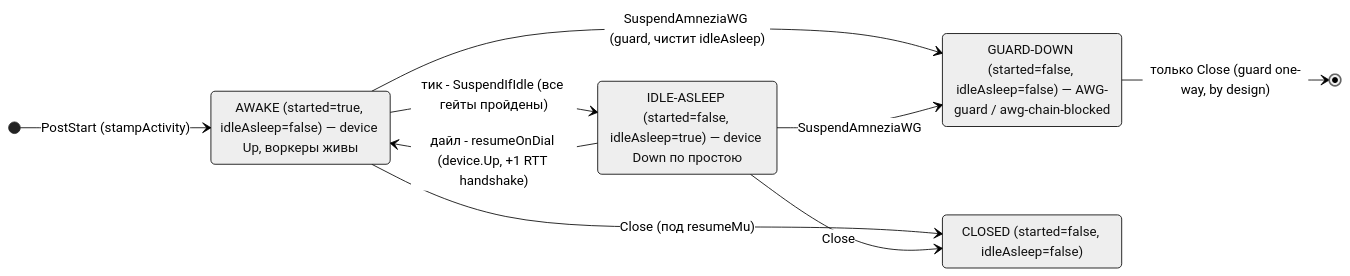
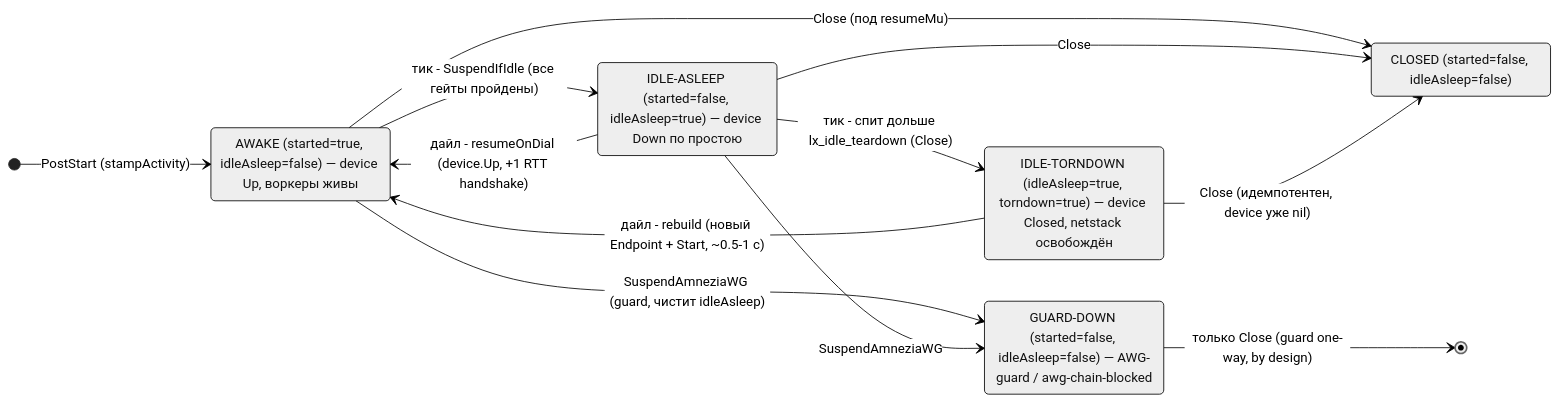
The first of 2 diagrams in SPECS/020-MULTI_WG_IDLE_BUFFER_HEAT/SPEC.md (Leadaxe/sing-box-lx), drawn with Mermaid (neutral theme) before and after one commit. The commit also changed other lines of this file and 11 other files, not shown here.

First line of the commit message:
feat(spec020): lx_idle_teardown — третий уровень, полный снос спящей ноды

````diff
--- a/SPECS/020-MULTI_WG_IDLE_BUFFER_HEAT/SPEC.md
+++ b/SPECS/020-MULTI_WG_IDLE_BUFFER_HEAT/SPEC.md
@@ -129,17 +129,21 @@
 ```mermaid
 stateDiagram-v2
     direction LR
     AWAKE: AWAKE (started=true, idleAsleep=false) — device Up, воркеры живы
     IDLE_ASLEEP: IDLE-ASLEEP (started=false, idleAsleep=true) — device Down по простою
+    IDLE_TORNDOWN: IDLE-TORNDOWN (idleAsleep=true, torndown=true) — device Closed, netstack освобождён
     GUARD_DOWN: GUARD-DOWN (started=false, idleAsleep=false) — AWG-guard / awg-chain-blocked
     CLOSED: CLOSED (started=false, idleAsleep=false)
 
     [*] --> AWAKE: PostStart (stampActivity)
     AWAKE --> IDLE_ASLEEP: тик - SuspendIfIdle (все гейты пройдены)
+    IDLE_ASLEEP --> IDLE_TORNDOWN: тик - спит дольше lx_idle_teardown (Close)
     IDLE_ASLEEP --> AWAKE: дайл - resumeOnDial (device.Up, +1 RTT handshake)
+    IDLE_TORNDOWN --> AWAKE: дайл - rebuild (новый Endpoint + Start, ~0.5-1 с)
     AWAKE --> GUARD_DOWN: SuspendAmneziaWG (guard, чистит idleAsleep)
     IDLE_ASLEEP --> GUARD_DOWN: SuspendAmneziaWG
     GUARD_DOWN --> [*]: только Close (guard one-way, by design)
     AWAKE --> CLOSED: Close (под resumeMu)
     IDLE_ASLEEP --> CLOSED: Close
+    IDLE_TORNDOWN --> CLOSED: Close (идемпотентен, device уже nil)
 ```
````
